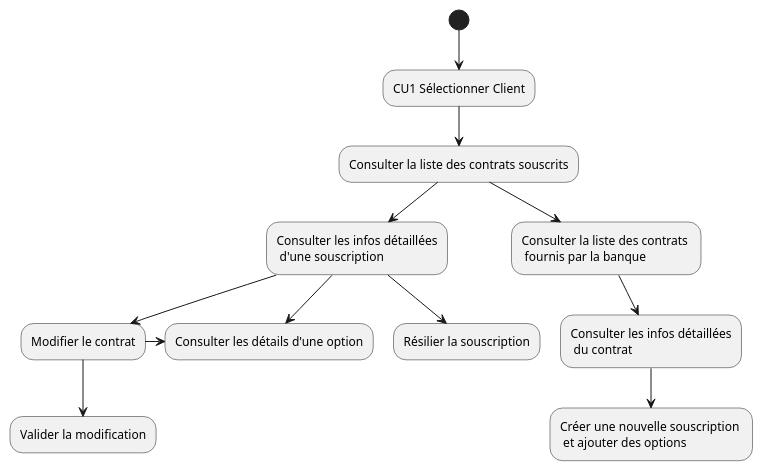
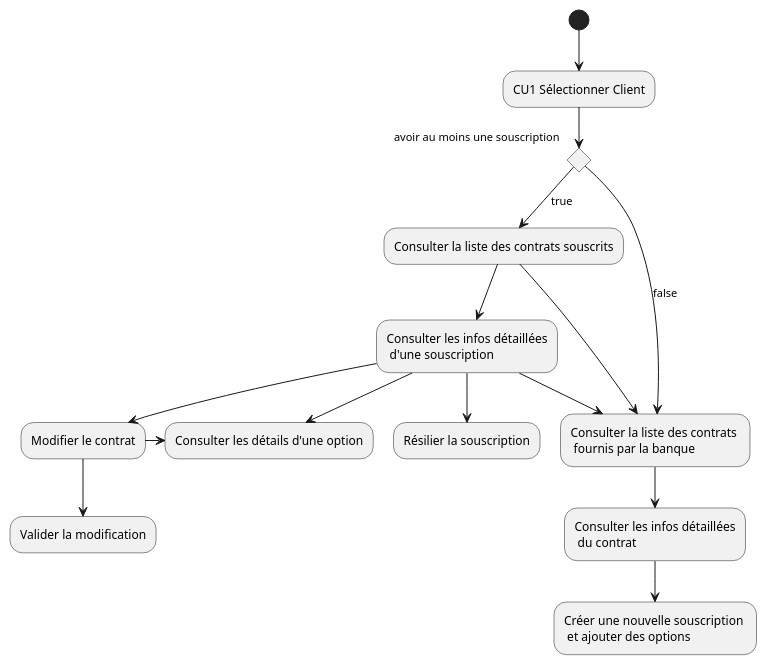
The diagram in src/documentation/CU4_DA.puml (HZjiadong/PLD-MARS), drawn with PlantUML before and after one commit.

Commit message:
feat(CU4) : modify the DA, identify the null list condition.

```diff
--- a/src/documentation/CU4_DA.puml
+++ b/src/documentation/CU4_DA.puml
@@ -1,17 +1,22 @@
 @startuml
 (*)  --> "CU1 Sélectionner Client"
---> "Consulter la liste des contrats souscrits"
 
-"Consulter la liste des contrats souscrits"-->  "Consulter les infos détaillées\n d'une souscription"
-"Consulter la liste des contrats souscrits"--> "Consulter la liste des contrats \n fournis par la banque "
+if avoir au moins une souscription
+  -->[true] "Consulter la liste des contrats souscrits"
+else
+  -->[false] "Consulter la liste des contrats \n fournis par la banque "
+endif
 
+"Consulter la liste des contrats souscrits" --> "Consulter les infos détaillées\n d'une souscription"
+"Consulter la liste des contrats souscrits" -down-> "Consulter la liste des contrats \n fournis par la banque "
+"Consulter les infos détaillées\n d'une souscription" --> "Consulter la liste des contrats \n fournis par la banque "
 "Consulter les infos détaillées\n d'une souscription" -> "Consulter les détails d'une option"
 "Consulter les infos détaillées\n d'une souscription" --> "Modifier le contrat"
 "Modifier le contrat" -> "Consulter les détails d'une option"
 "Modifier le contrat" -down> "Valider la modification"
 "Consulter les infos détaillées\n d'une souscription" --> "Résilier la souscription"
 
 "Consulter la liste des contrats \n fournis par la banque " --> "Consulter les infos détaillées\n du contrat"
 "Consulter les infos détaillées\n du contrat" --> "Créer une nouvelle souscription \n et ajouter des options"
 
 @enduml
```
